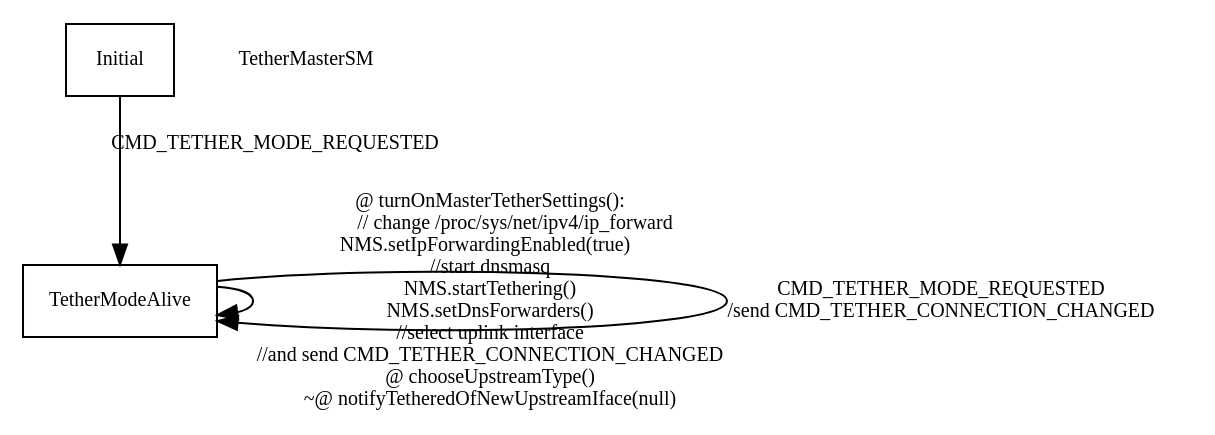
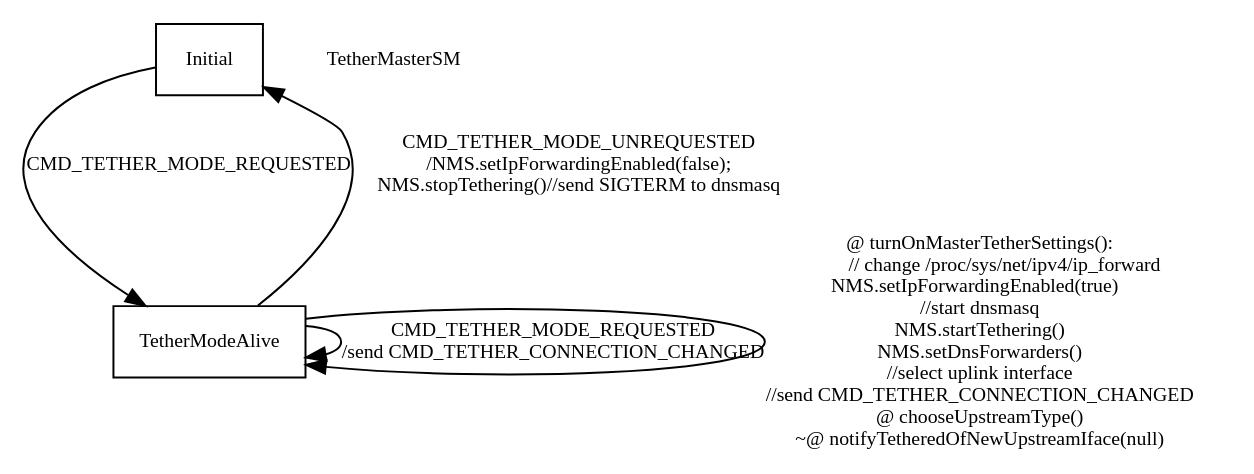
Before and after one commit to greatgauss/graphviz_script: the diagram in SM_TetherMaster.dot, drawn with Graphviz. The commit also changed 2 other files, not shown here.

Commit message:
Change ICS_EnableWifi_ConnectAP_DisableWifi SM_TetherInterface SM_TetherMaster

```diff
--- a/SM_TetherMaster.dot
+++ b/SM_TetherMaster.dot
@@ -1,13 +1,14 @@
 
 
 digraph TetherMasterSM{
 	size = "8.5, 11";
 	fontname = "Microsoft YaHei";
 	fontsize = 15;
 	node [shape = record, fontname = "Microsoft YaHei", fontsize = 10];
 	edge [fontname = "Microsoft YaHei", fontsize = 10];
 	Initial -> TetherModeAlive [ label = "CMD_TETHER_MODE_REQUESTED" ];
-	TetherModeAlive -> TetherModeAlive [ label = " @ turnOnMasterTetherSettings(): \n           // change /proc/sys/net/ipv4/ip_forward \n NMS.setIpForwardingEnabled(true)  \n //start dnsmasq \n NMS.startTethering() \n NMS.setDnsForwarders() \n //select uplink interface \n //and send CMD_TETHER_CONNECTION_CHANGED\n @ chooseUpstreamType() \n ~@ notifyTetheredOfNewUpstreamIface(null)" ];
 	TetherModeAlive -> TetherModeAlive [ label = " CMD_TETHER_MODE_REQUESTED \n /send CMD_TETHER_CONNECTION_CHANGED" ];
+	TetherModeAlive -> TetherModeAlive [ label = " @ turnOnMasterTetherSettings(): \n           // change /proc/sys/net/ipv4/ip_forward \n NMS.setIpForwardingEnabled(true)  \n //start dnsmasq \n NMS.startTethering() \n NMS.setDnsForwarders() \n //select uplink interface \n //send CMD_TETHER_CONNECTION_CHANGED\n @ chooseUpstreamType() \n ~@ notifyTetheredOfNewUpstreamIface(null)" ];
+	TetherModeAlive -> Initial[ label = " CMD_TETHER_MODE_UNREQUESTED \n /NMS.setIpForwardingEnabled(false);\n NMS.stopTethering()//send SIGTERM to dnsmasq" ];
 	"TetherMasterSM" [ shape = plaintext ];
 }
```
